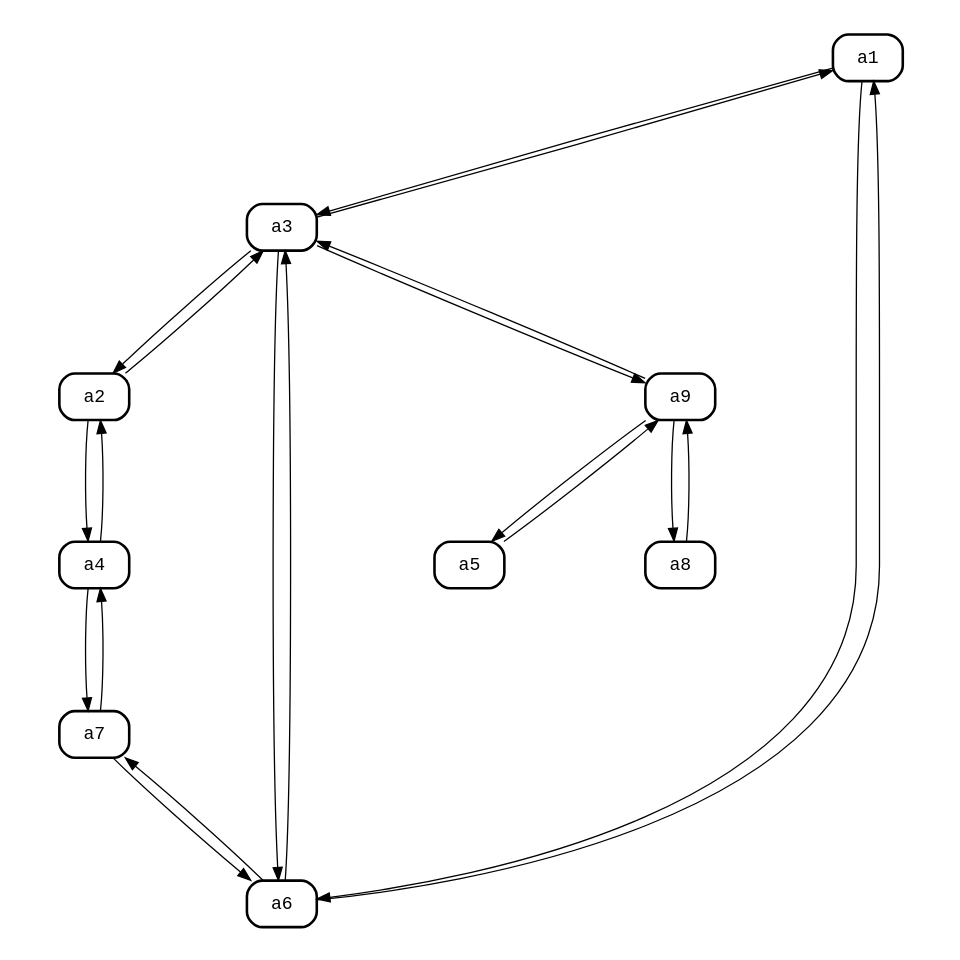
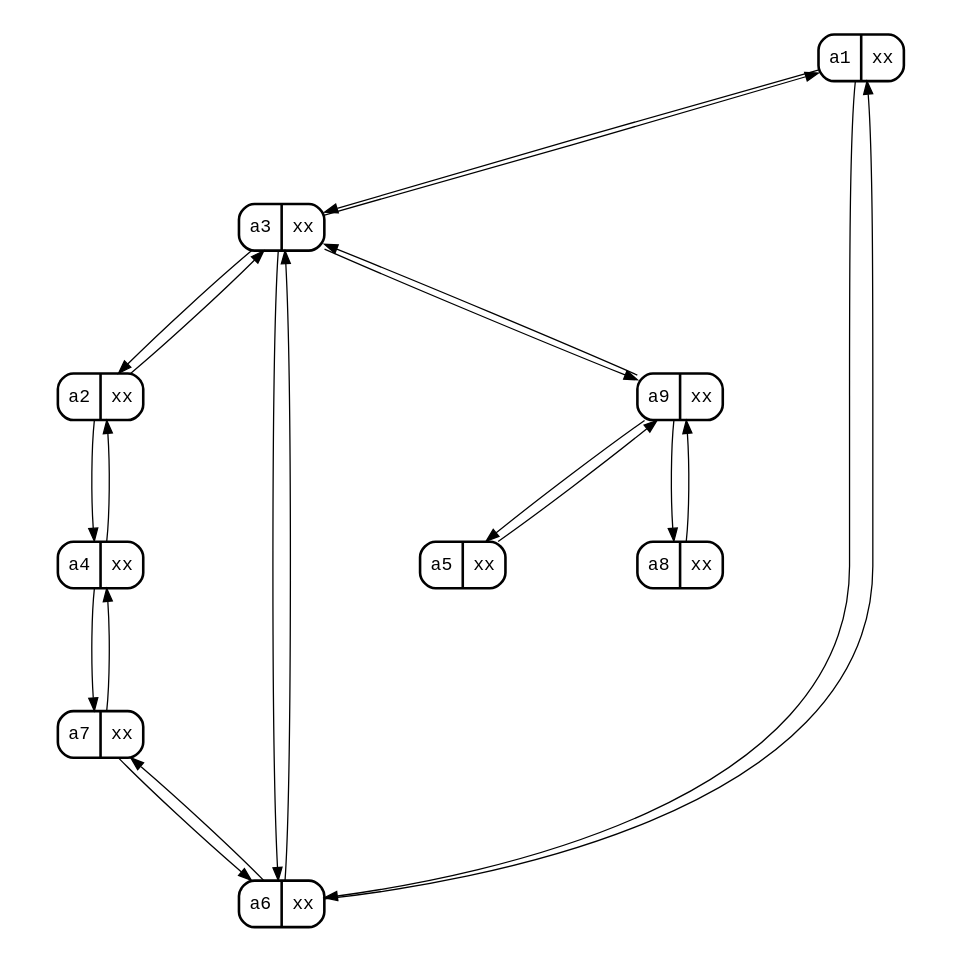
Before and after one commit to jonhoo/simio: the diagram in examples/graphs/bellman-ford.gv, drawn with Graphviz.

Commit message:
Avoid BF graph jumping

```diff
--- a/examples/graphs/bellman-ford.gv
+++ b/examples/graphs/bellman-ford.gv
@@ -1,45 +1,45 @@
 digraph {
   size="10,10!";
   ratio="fill";
   node [shape=Mrecord penwidth=2 fontname=monospace];
   edge [fontsize=12];
   start="50";
-  a1;
-  a2;
-  a3;
-  a4;
-  a5;
-  a6;
-  a7;
-  a8;
-  a9;
+  a1 [label = "a1 | xx"];
+  a2 [label = "a2 | xx"];
+  a3 [label = "a3 | xx"];
+  a4 [label = "a4 | xx"];
+  a5 [label = "a5 | xx"];
+  a6 [label = "a6 | xx"];
+  a7 [label = "a7 | xx"];
+  a8 [label = "a8 | xx"];
+  a9 [label = "a9 | xx"];
 
   a1 -> a3 [weight = 3];
   a1 -> a6 [weight = 9];
 
   a2 -> a3 [weight = 12];
   a2 -> a4 [weight = 5];
 
   a3 -> a1 [weight = 3];
   a3 -> a2 [weight = 12];
   a3 -> a6 [weight = 17];
   a3 -> a9 [weight = 8];
 
   a4 -> a2 [weight = 5];
   a4 -> a7 [weight = 7];
 
   a5 -> a9 [weight = 3];
 
   a6 -> a1 [weight = 9];
   a6 -> a3 [weight = 17];
   a6 -> a7 [weight = 19];
 
   a7 -> a4 [weight = 7];
   a7 -> a6 [weight = 19];
 
   a8 -> a9 [weight = 20];
 
   a9 -> a3 [weight = 8];
   a9 -> a5 [weight = 3];
   a9 -> a8 [weight = 20];
 }
```
